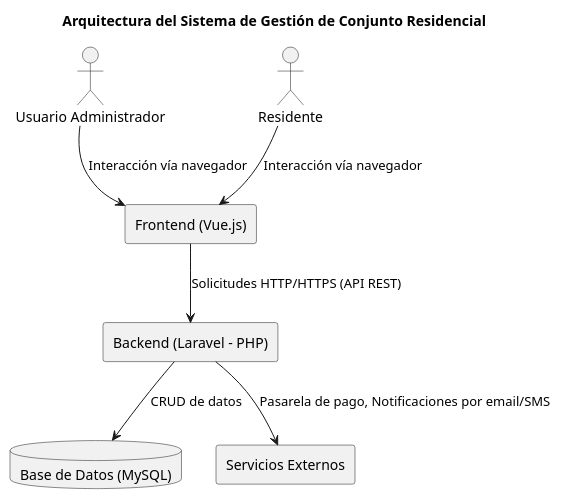
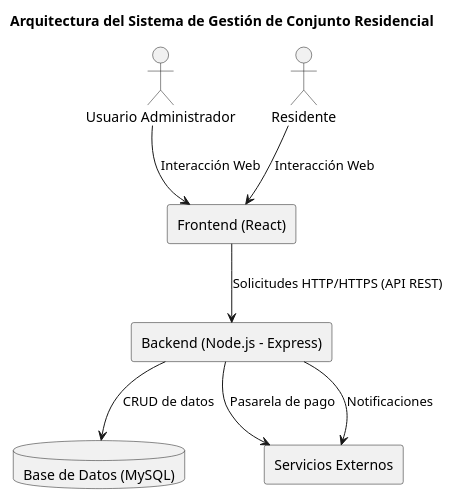
The diagram in digrama_uso.puml (lucho007350/condominio), drawn with PlantUML before and after one commit. The commit also changed 1 other file, not shown here.

Commit message:
cambio en el diagrama

```diff
--- a/digrama_uso.puml
+++ b/digrama_uso.puml
@@ -1,24 +1,25 @@
 @startuml
 title Arquitectura del Sistema de Gestión de Conjunto Residencial
 
 actor "Usuario Administrador" as Admin
 actor "Residente" as Residente
 
-rectangle "Frontend (Vue.js)" as Frontend {
-    Admin --> Frontend : Interacción vía navegador
-    Residente --> Frontend : Interacción vía navegador
+rectangle "Frontend (React)" as Frontend {
+    Admin --> Frontend : Interacción Web
+    Residente --> Frontend : Interacción Web
 }
 
-rectangle "Backend (Laravel - PHP)" as Backend {
+rectangle "Backend (Node.js - Express)" as Backend {
     Frontend --> Backend : Solicitudes HTTP/HTTPS (API REST)
 }
 
 database "Base de Datos (MySQL)" as DB {
     Backend --> DB : CRUD de datos
 }
 
 rectangle "Servicios Externos" as Servicios {
-    Backend --> Servicios : Pasarela de pago, Notificaciones por email/SMS
+    Backend --> Servicios : Pasarela de pago
+    Backend --> Servicios : Notificaciones 
 }
 
 @enduml
```
